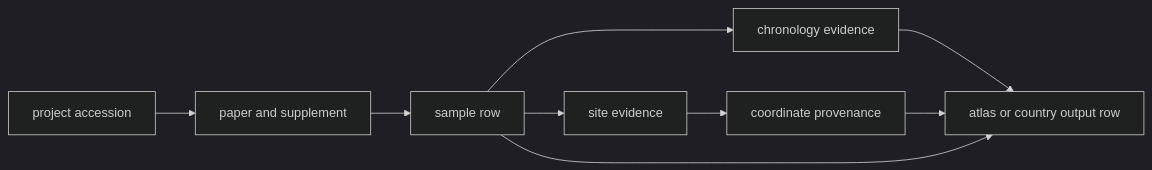
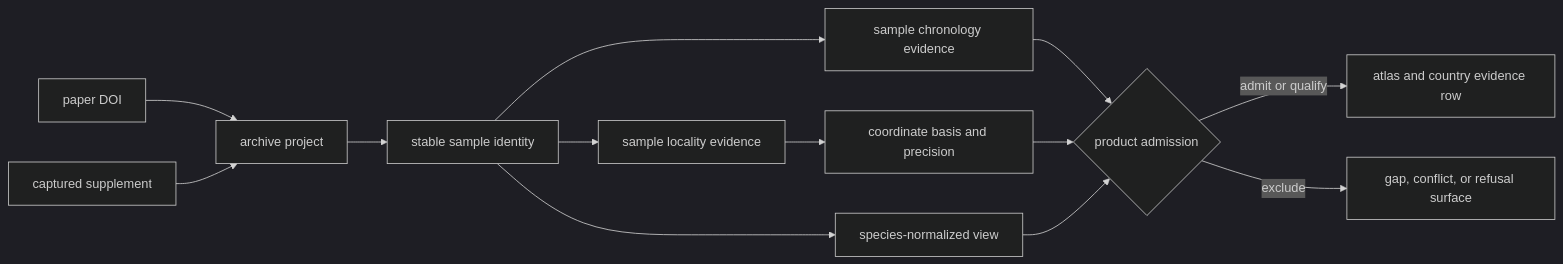
Before and after one commit to bijux/bijux-pollenomics: the first of 2 diagrams in docs/public/pollenomics-data/overview/animal-ancient-dna-evidence.md, drawn with Mermaid (dark theme). The commit also changed other lines of this file and 6 other files, not shown here.

````diff
--- a/docs/public/pollenomics-data/overview/animal-ancient-dna-evidence.md
+++ b/docs/public/pollenomics-data/overview/animal-ancient-dna-evidence.md
@@ -19,19 +19,15 @@
 ```mermaid
 flowchart LR
-    project["project accession"]
-    paper["paper and supplement"]
-    sample["sample row"]
-    site["site evidence"]
-    date["chronology evidence"]
-    coordinates["coordinate provenance"]
-    atlas["atlas or country output row"]
-
-    project --> paper
-    paper --> sample
-    sample --> site
-    sample --> date
-    site --> coordinates
-    date --> atlas
-    coordinates --> atlas
-    sample --> atlas
+    Paper["paper DOI"] --> Project["archive project"]
+    Supplement["captured supplement"] --> Project
+    Project --> Sample["stable sample identity"]
+    Sample --> Locality["sample locality evidence"]
+    Sample --> Chronology["sample chronology evidence"]
+    Locality --> Coordinate["coordinate basis and precision"]
+    Sample --> Species["species-normalized view"]
+    Chronology --> Decision{"product admission"}
+    Coordinate --> Decision
+    Species --> Decision
+    Decision -->|admit or qualify| Published["atlas and country evidence row"]
+    Decision -->|exclude| Accountability["gap, conflict, or refusal surface"]
 ```
````
